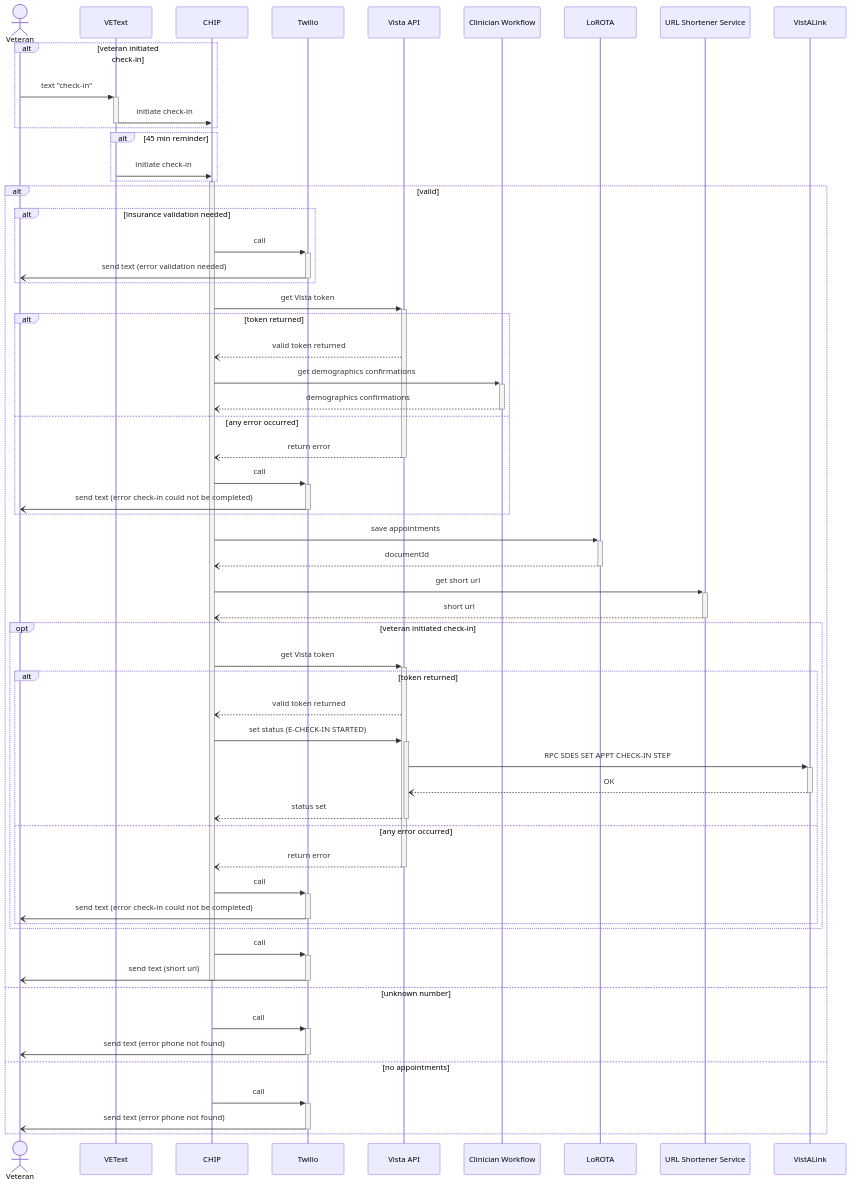
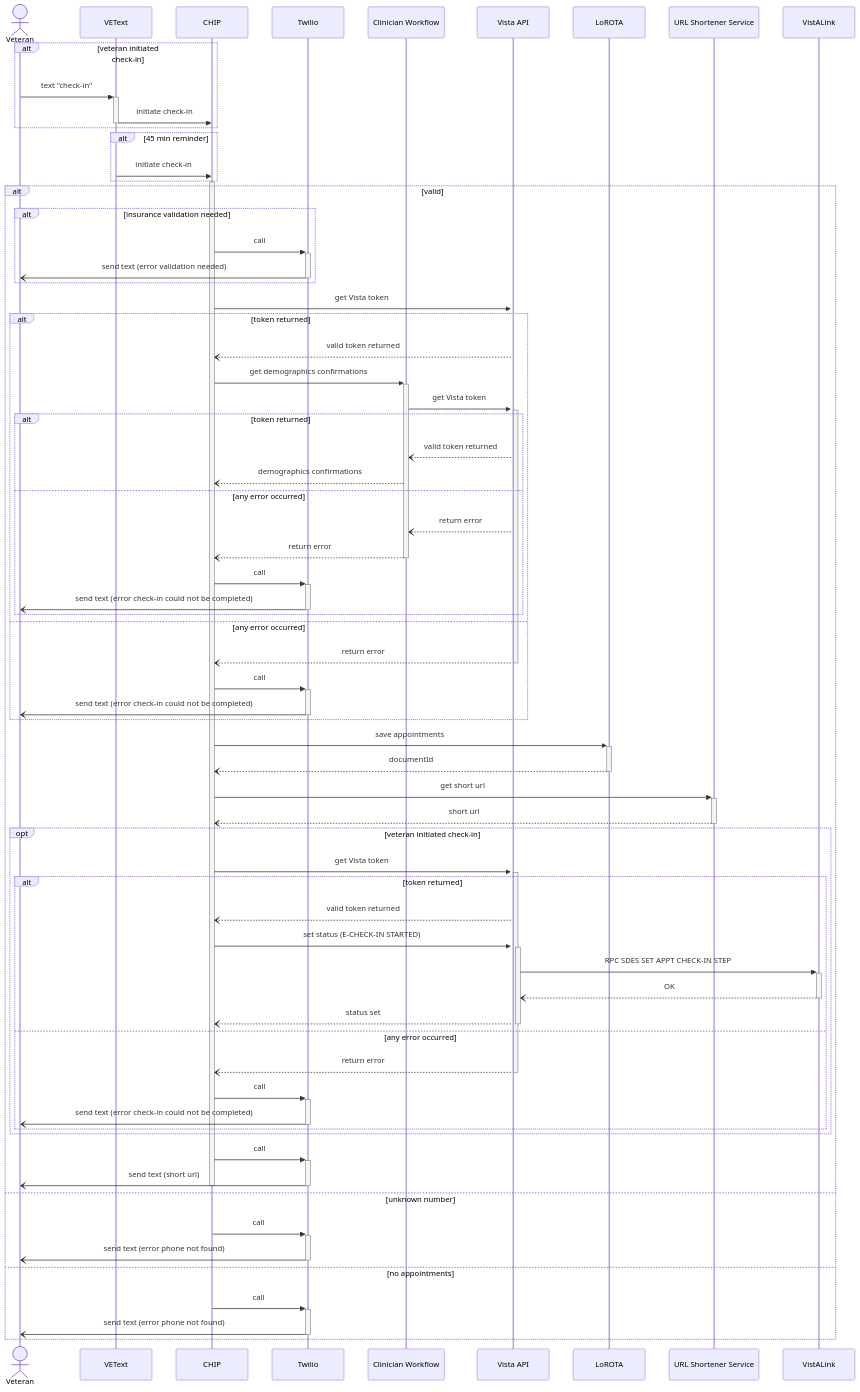
The first of 4 diagrams in products/health-care/checkin/engineering/architecture-diagrams/sequenceDiagram_checkInExp.md (department-of-veterans-affairs/va.gov-team), drawn with Mermaid before and after one commit.

````diff
--- a/products/health-care/checkin/engineering/architecture-diagrams/sequenceDiagram_checkInExp.md
+++ b/products/health-care/checkin/engineering/architecture-diagrams/sequenceDiagram_checkInExp.md
@@ -15,64 +15,73 @@
 ```mermaid
 sequenceDiagram
     actor vet as Veteran
     participant vt as VEText
     participant c as CHIP
     participant t as Twilio
+    participant cw as Clinician Workflow
     participant va as Vista API
-    participant cw as Clinician Workflow
     participant l as LoROTA
     participant url as URL Shortener Service
     participant val as VistALink
 
     alt veteran initiated check-in
     vet->>+vt: text "check-in"
     vt->>-c: initiate check-in
     end
     alt 45 min reminder
     vt->>c: initiate check-in
     end
     activate c
     alt valid
       alt insurance validation needed
         c->>+t: call
         t-)-vet: send text (error validation needed)
       end
       c->>+va: get Vista token
       alt token returned
         va--)c: valid token returned
         c->>+cw: get demographics confirmations
-        cw--)-c: demographics confirmations
+        cw->>+va: get Vista token
+        alt token returned
+          va--)cw: valid token returned
+          cw--)c: demographics confirmations
+        else any error occurred
+          va--)cw: return error
+          cw--)-c: return error
+          c->>+t: call
+          t-)-vet: send text (error check-in could not be completed)
+        end
       else any error occurred
         va--)-c: return error
         c->>+t: call
         t-)-vet: send text (error check-in could not be completed)
       end
       c->>+l: save appointments
       l--)-c: documentId
       c->>+url: get short url
       url--)-c: short url
       opt veteran initiated check-in
         c->>+va: get Vista token
         alt token returned
           va--)c: valid token returned
           c->>+va: set status (E-CHECK-IN STARTED)
           va->>+val: RPC SDES SET APPT CHECK-IN STEP
           val--)-va: OK
           va--)-c: status set
         else any error occurred
           va--)-c: return error
           c->>+t: call
           t-)-vet: send text (error check-in could not be completed)
         end
       end
       c->>+t: call
       t-)-vet: send text (short url)
       deactivate c
     else unknown number
       c->>+t: call
       t-)-vet: send text (error phone not found)
     else no appointments
       c->>+t: call
       t-)-vet: send text (error phone not found)
     end
 ```
````
